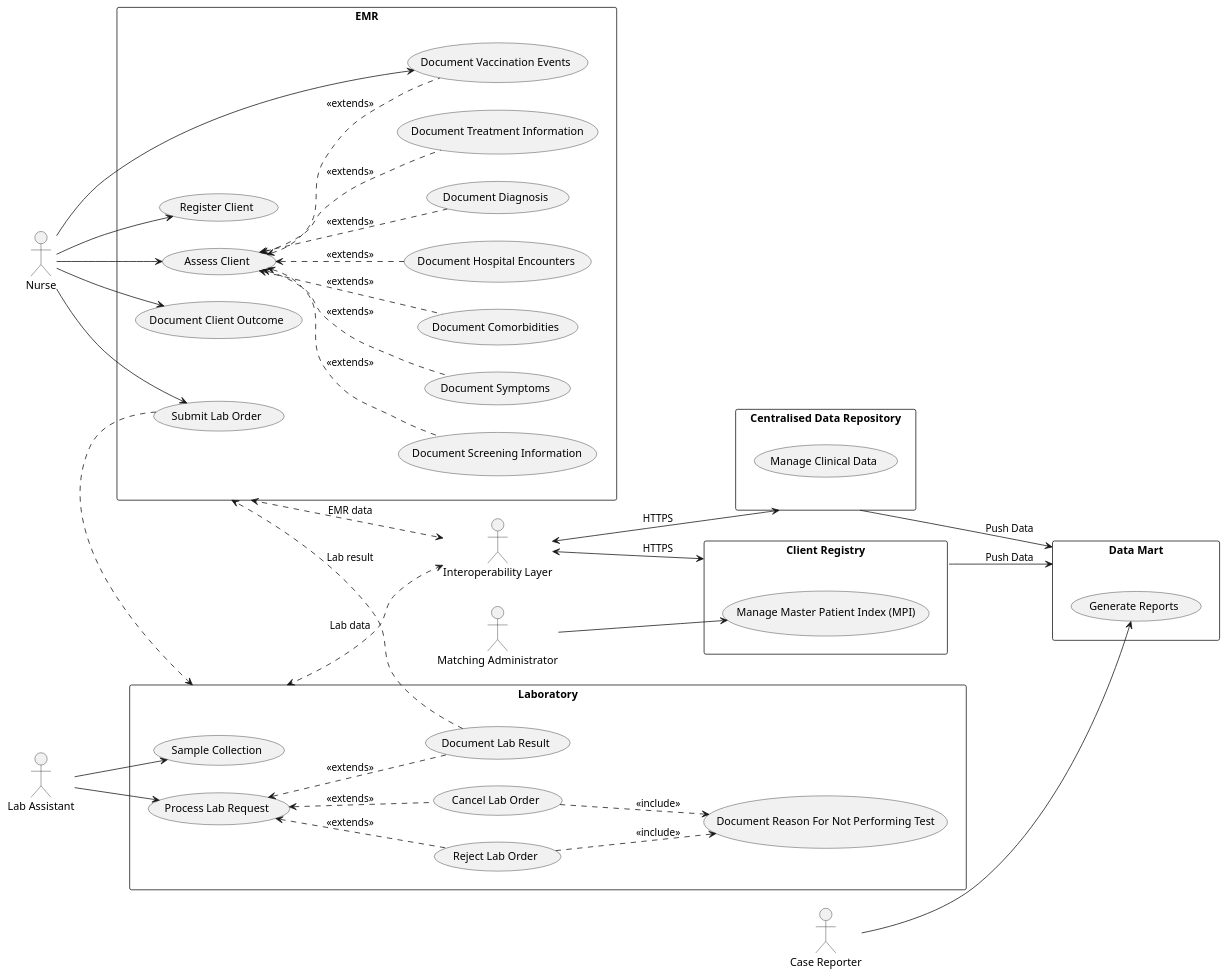
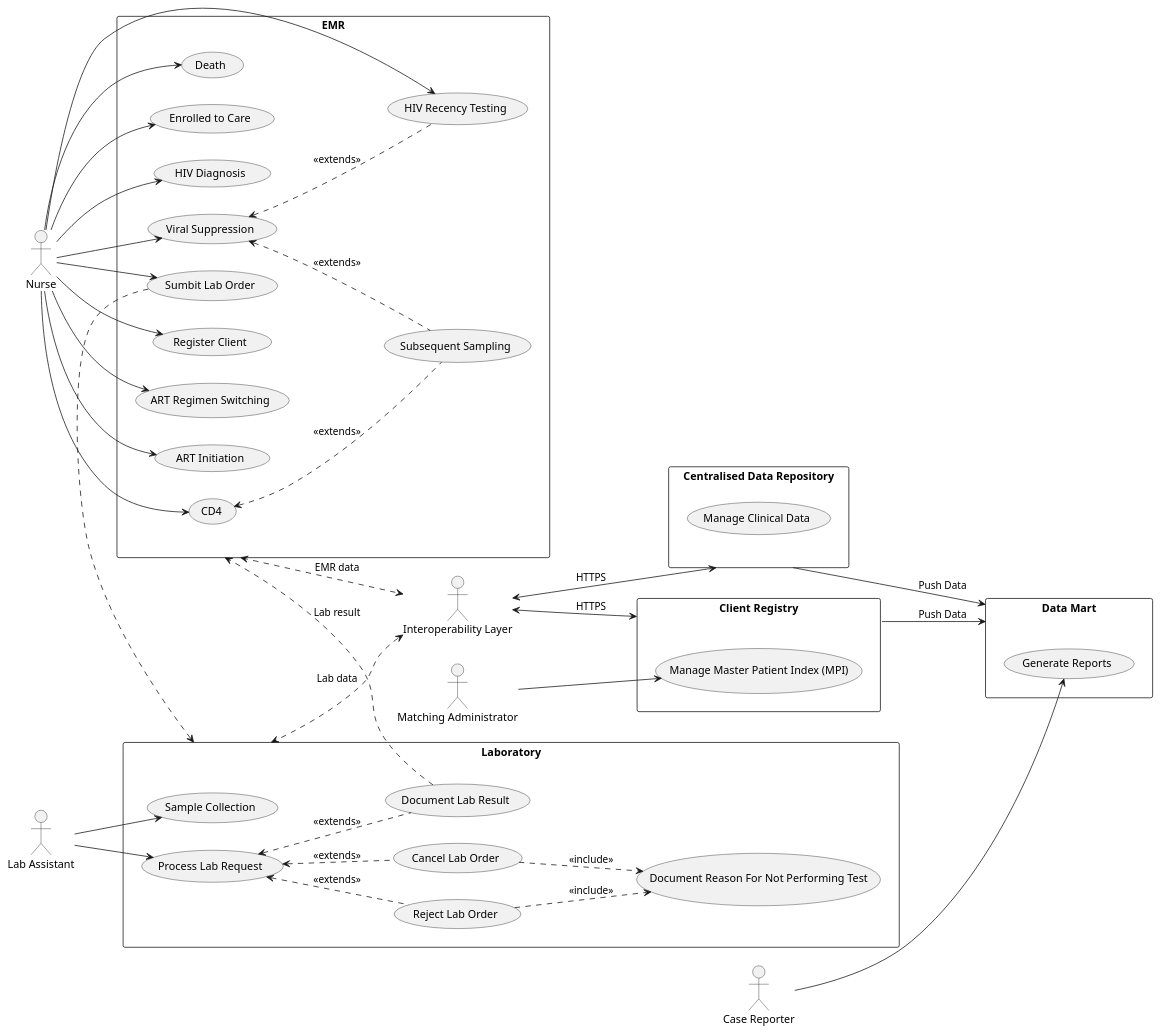
Before and after one commit to openhie/HIV-CBS: the diagram in input/images-source/uses-cases.pu, drawn with PlantUML. The commit also changed 2 other files, not shown here.

Commit message:
Updated use case diagram

```diff
--- a/input/images-source/uses-cases.pu
+++ b/input/images-source/uses-cases.pu
@@ -1,88 +1,89 @@
 @startuml UseCaseDiagram
 left to right direction
 actor "Nurse" as nurse
 rectangle EMR {
   usecase "Register Client" as UC1
-  usecase "Assess Client" as UC2
-  usecase "Document Screening Information" as UC3
-  usecase "Document Symptoms" as UC4
-  usecase "Document Comorbidities" as UC5
-  usecase "Document Hospital Encounters" as UC6
-  usecase "Document Diagnosis" as UC8
-  usecase "Document Treatment Information" as UC9
-  usecase "Document Client Outcome" as UC10
-  usecase "Submit Lab Order" as UC11
-  usecase "Document Vaccination Events" as UC12
-  
+  usecase "ART Regimen Switching" as UC2
+  usecase "ART Initiation" as UC3
+  usecase "CD4" as UC4
+  usecase "Death" as UC5
+  usecase "Enrolled to Care" as UC6
+  usecase "HIV Diagnosis" as UC7
+  usecase "Viral Suppression" as UC8
+  usecase "Subsequent Sampling" as UC9
+  usecase "Sumbit Lab Order" as UC10
+  usecase "HIV Recency Testing" as UC11
 }
 
 nurse --> UC1
 nurse --> UC2
+nurse --> UC3
+nurse --> UC4
+nurse --> UC5
+nurse --> UC6
+nurse --> UC7
+nurse --> UC8
 nurse --> UC10
 nurse --> UC11
-nurse --> UC12
 
-(UC2) <.. (UC3) : "<<extends>>"
-(UC2) <.. (UC4) : "<<extends>>"
-(UC2) <.. (UC5) : "<<extends>>"
-(UC2) <.. (UC6) : "<<extends>>"
-(UC2) <.. (UC12) : "<<extends>>"
-(UC2) <.. (UC8) : "<<extends>>"
-(UC2) <.. (UC9) : "<<extends>>"
+(UC4) <.. (UC9) : "<<extends>>"
+(UC8) <.. (UC9) : "<<extends>>"
+(UC8) <.. (UC11) : "<<extends>>"
+
 
 actor "Lab Assistant" as labAssistant
 rectangle Laboratory {
   usecase "Sample Collection" as UC14
   usecase "Process Lab Request" as UC15
   usecase "Document Lab Result" as UC16
   usecase "Reject Lab Order" as UC17
   usecase "Cancel Lab Order" as UC18
   usecase "Document Reason For Not Performing Test" as UC19
 }
 
 labAssistant --> UC14
 labAssistant --> UC15
 
 
 (UC15) <.. (UC16) : "<<extends>>"
 (UC15) <.. (UC17) : "<<extends>>"
 (UC15) <.. (UC18) : "<<extends>>"
 
 (UC18) ..> (UC19) : "<<include>>"
 (UC17) ..> (UC19) : "<<include>>"
 
-(UC11) ..> Laboratory
+(UC10) ..> Laboratory
 
 (UC16) ..> EMR : "Lab result"
 
 actor "Interoperability Layer" as iol
 rectangle "Centralised Data Repository" as cdr {
   usecase "Manage Clinical Data" as UC20
 }
 
 iol <--> cdr : "HTTPS"
 
 EMR <..> iol : "EMR data"
 Laboratory <..> iol : "Lab data"
 
 
 actor "Matching Administrator" as macthingAdmin
 rectangle "Client Registry" as cr {
   usecase "Manage Master Patient Index (MPI)" as UC21
 }
 
 macthingAdmin --> UC21
 
 iol <--> cr : "HTTPS"
 
 actor "Case Reporter" as caseReporter
 rectangle "Data Mart" as dm {
   usecase "Generate Reports" as UC22
 }
 
 caseReporter --> UC22
 
 cdr --> dm : "Push Data"
 cr --> dm : "Push Data"
 
 @enduml
```
